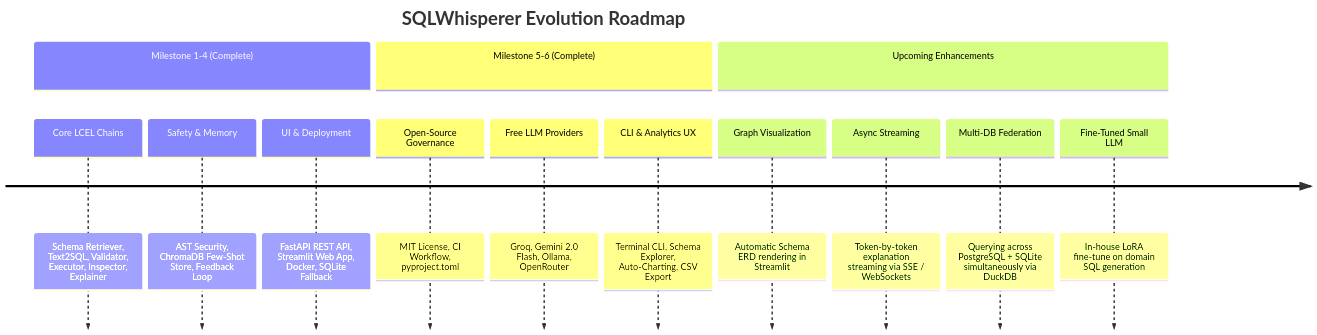
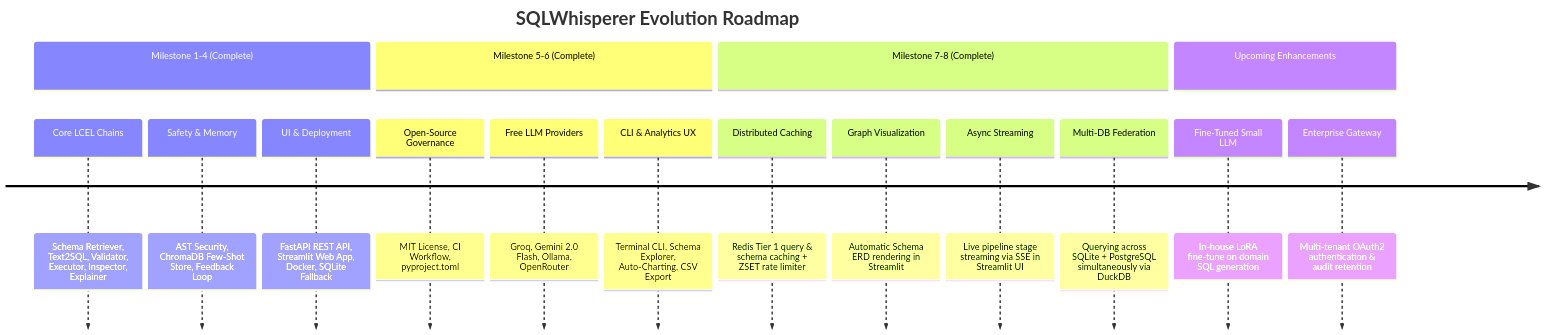
Before and after one commit to ArpitThakur7/SQLWhisperer: the seventh of 7 diagrams in ARCHITECTURE.md, drawn with Mermaid. The commit also changed 8 other files, not shown here.

Commit message:
feat(roadmap): implement Schema ERD visualizer, DuckDB Multi-DB Federation, and live SSE streaming

````diff
--- a/ARCHITECTURE.md
+++ b/ARCHITECTURE.md
@@ -640,17 +640,20 @@
 ```mermaid
 timeline
     title SQLWhisperer Evolution Roadmap
     section Milestone 1-4 (Complete)
       Core LCEL Chains : Schema Retriever, Text2SQL, Validator, Executor, Inspector, Explainer
       Safety & Memory : AST Security, ChromaDB Few-Shot Store, Feedback Loop
       UI & Deployment : FastAPI REST API, Streamlit Web App, Docker, SQLite Fallback
     section Milestone 5-6 (Complete)
       Open-Source Governance : MIT License, CI Workflow, pyproject.toml
       Free LLM Providers : Groq, Gemini 2.0 Flash, Ollama, OpenRouter
       CLI & Analytics UX : Terminal CLI, Schema Explorer, Auto-Charting, CSV Export
+    section Milestone 7-8 (Complete)
+      Distributed Caching : Redis Tier 1 query & schema caching + ZSET rate limiter
+      Graph Visualization : Automatic Schema ERD rendering in Streamlit
+      Async Streaming : Live pipeline stage streaming via SSE in Streamlit UI
+      Multi-DB Federation : Querying across SQLite + PostgreSQL simultaneously via DuckDB
     section Upcoming Enhancements
-      Graph Visualization : Automatic Schema ERD rendering in Streamlit
-      Async Streaming : Token-by-token explanation streaming via SSE / WebSockets
-      Multi-DB Federation : Querying across PostgreSQL + SQLite simultaneously via DuckDB
       Fine-Tuned Small LLM : In-house LoRA fine-tune on domain SQL generation
+      Enterprise Gateway : Multi-tenant OAuth2 authentication & audit retention
 ```
````
